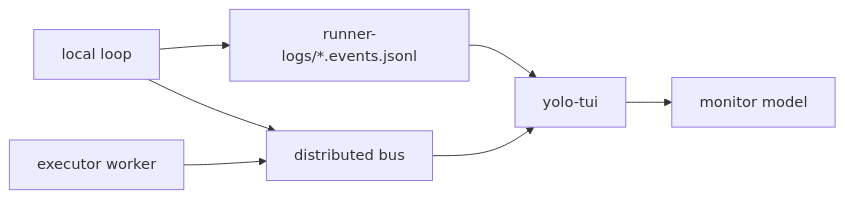
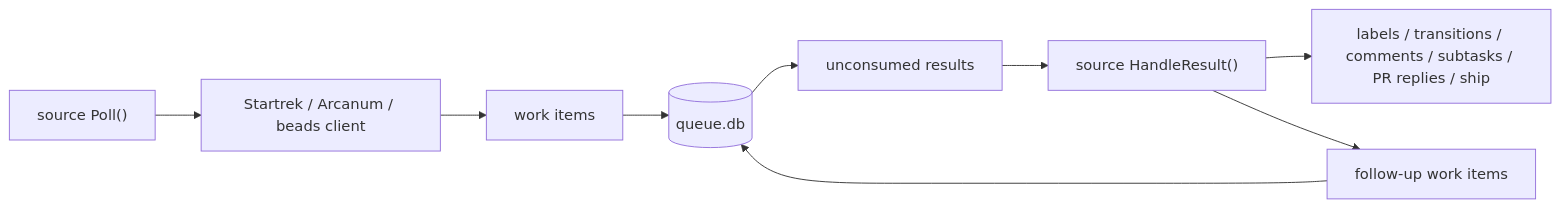
Before and after one commit to egv/yolo-runner: the fifth of 6 diagrams in docs/architecture.md, drawn with Mermaid. The commit also changed other lines of this file and 9 other files, not shown here.

First line of the commit message:
Bring documentation up to date with the queue-split architecture

````diff
--- a/docs/architecture.md
+++ b/docs/architecture.md
@@ -214,9 +143,11 @@
 ```mermaid
 flowchart LR
-  LocalLoop["local loop"] --> FileEvents["runner-logs/*.events.jsonl"]
-  LocalLoop --> Bus["distributed bus"]
-  Executor["executor worker"] --> Bus
-  FileEvents --> TUI["yolo-tui"]
-  Bus --> TUI
-  TUI --> Monitor["monitor model"]
+  Poll["source Poll()"] --> ST["Startrek / Arcanum / beads client"]
+  ST --> Items["work items"]
+  Items --> Q[("queue.db")]
+  Q --> Results["unconsumed results"]
+  Results --> HR["source HandleResult()"]
+  HR --> Writeback["labels / transitions / comments / subtasks / PR replies / ship"]
+  HR --> Followups["follow-up work items"]
+  Followups --> Q
 ```
````
